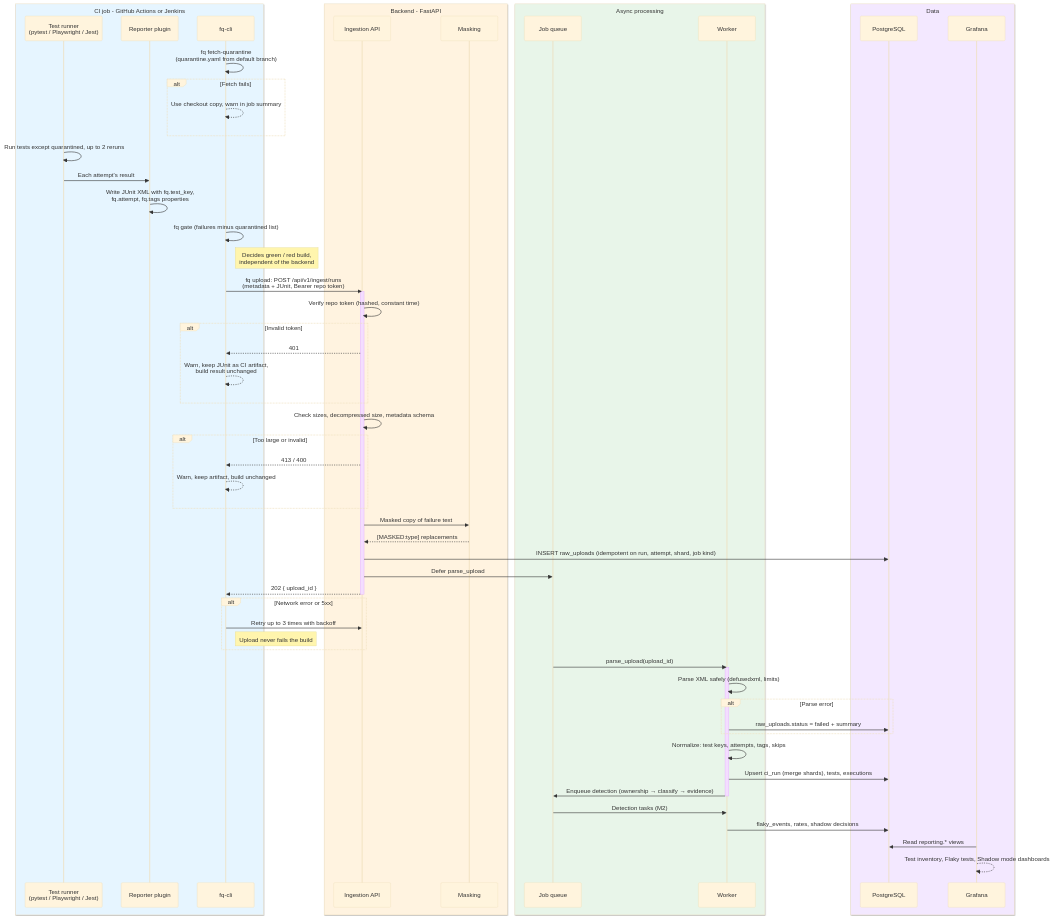
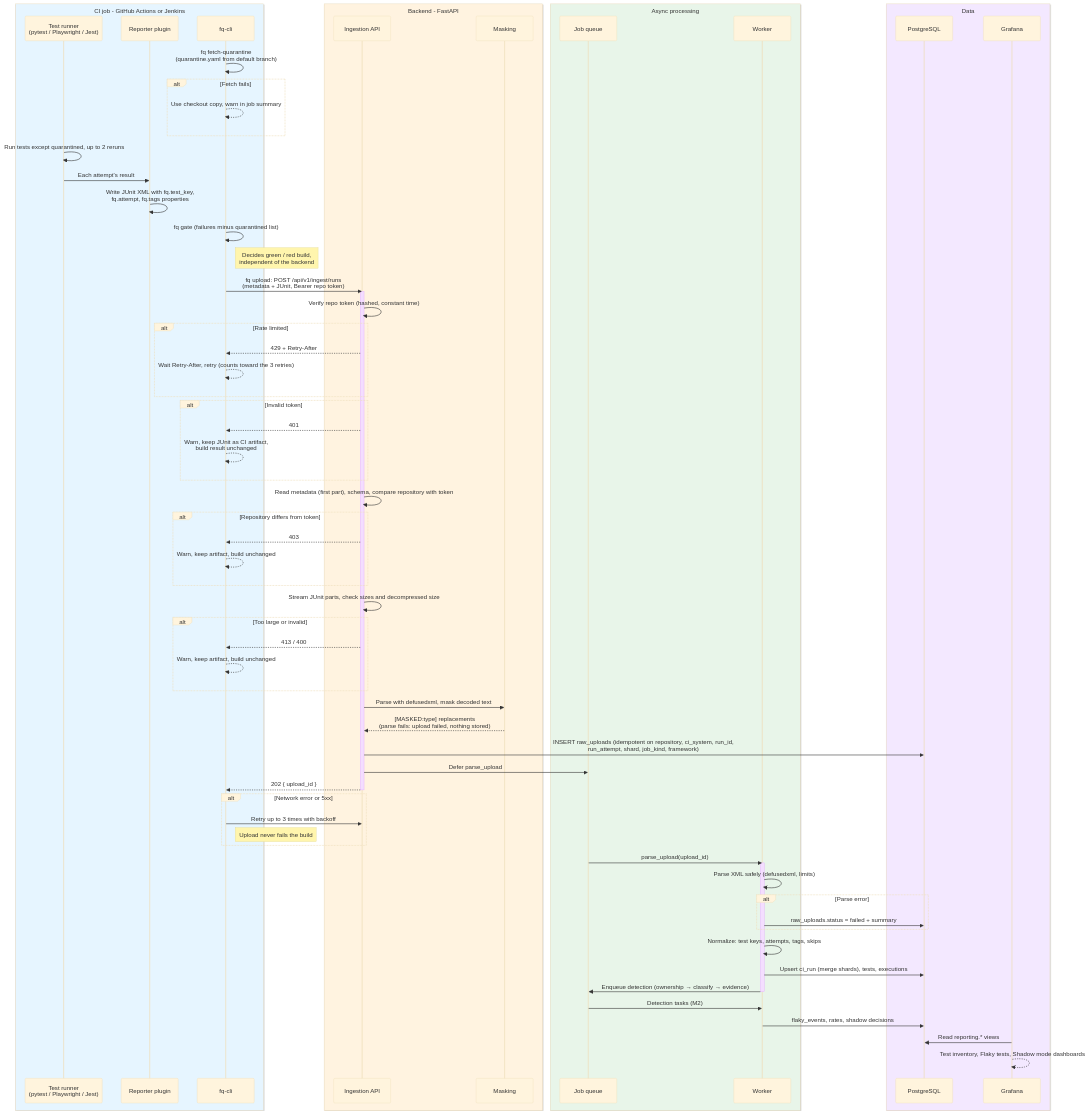
Before and after one commit to IrynaShkvirko/quarantine-tests: the diagram in docs/ingestion-flow.md, drawn with Mermaid (base theme). The commit also changed 10 other files, not shown here.

Commit message:
docs(M0-08): add ingestion contract, metadata schema and examples

```diff
--- a/docs/ingestion-flow.md
+++ b/docs/ingestion-flow.md
@@ -41,18 +41,27 @@
 
     activate API
     API->>API: Verify repo token (hashed, constant time)
+    alt Rate limited
+        API-->>Cli: 429 + Retry-After
+        Cli-->>Cli: Wait Retry-After, retry (counts toward the 3 retries)
+    end
     alt Invalid token
         API-->>Cli: 401
         Cli-->>Cli: Warn, keep JUnit as CI artifact,<br/>build result unchanged
     end
-    API->>API: Check sizes, decompressed size, metadata schema
+    API->>API: Read metadata (first part), schema, compare repository with token
+    alt Repository differs from token
+        API-->>Cli: 403
+        Cli-->>Cli: Warn, keep artifact, build unchanged
+    end
+    API->>API: Stream JUnit parts, check sizes and decompressed size
     alt Too large or invalid
         API-->>Cli: 413 / 400
         Cli-->>Cli: Warn, keep artifact, build unchanged
     end
-    API->>Mask: Masked copy of failure text
-    Mask-->>API: [MASKED:type] replacements
-    API->>DB: INSERT raw_uploads (idempotent on run, attempt, shard, job kind)
+    API->>Mask: Parse with defusedxml, mask decoded text
+    Mask-->>API: [MASKED:type] replacements<br/>(parse fails: upload failed, nothing stored)
+    API->>DB: INSERT raw_uploads (idempotent on repository, ci_system, run_id,<br/>run_attempt, shard, job_kind, framework)
     API->>Q: Defer parse_upload
     API-->>Cli: 202 { upload_id }
     deactivate API
```
